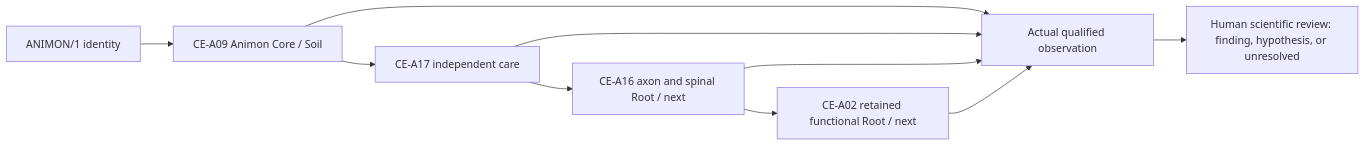
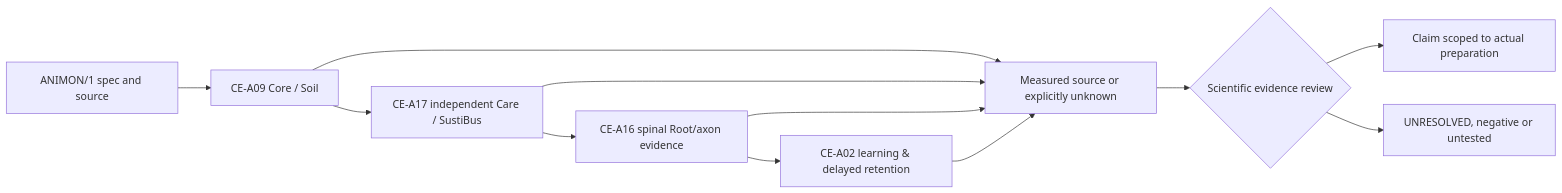
Before and after one commit to bradgearon/ChristEye-Knowledge: the diagram in specifications/v3.2/README.md, drawn with Mermaid. The commit also changed other lines of this file and 20 other files, not shown here.

First line of the commit message:
science(v3.2): complete Animon Root and long-term retention research dossiers

```diff
--- a/specifications/v3.2/README.md
+++ b/specifications/v3.2/README.md
@@ -14,12 +14,14 @@
 ~~~mermaid
 flowchart LR
-  A["ANIMON/1 identity"] --> B["CE-A09 Animon Core / Soil"]
-  B --> C["CE-A17 independent care"]
-  C --> D["CE-A16 axon and spinal Root / next"]
-  D --> E["CE-A02 retained functional Root / next"]
-  B --> F["Actual qualified observation"]
+  A["ANIMON/1 spec and source"] --> B["CE-A09 Core / Soil"]
+  B --> C["CE-A17 independent Care / SustiBus"]
+  C --> D["CE-A16 spinal Root/axon evidence"]
+  D --> E["CE-A02 learning & delayed retention"]
+  B --> F["Measured source or explicitly unknown"]
   C --> F
   D --> F
   E --> F
-  F --> G["Human scientific review: finding, hypothesis, or unresolved"]
+  F --> G{"Scientific evidence review"}
+  G --> H["Claim scoped to actual preparation"]
+  G --> I["UNRESOLVED, negative or untested"]
 ~~~
```
